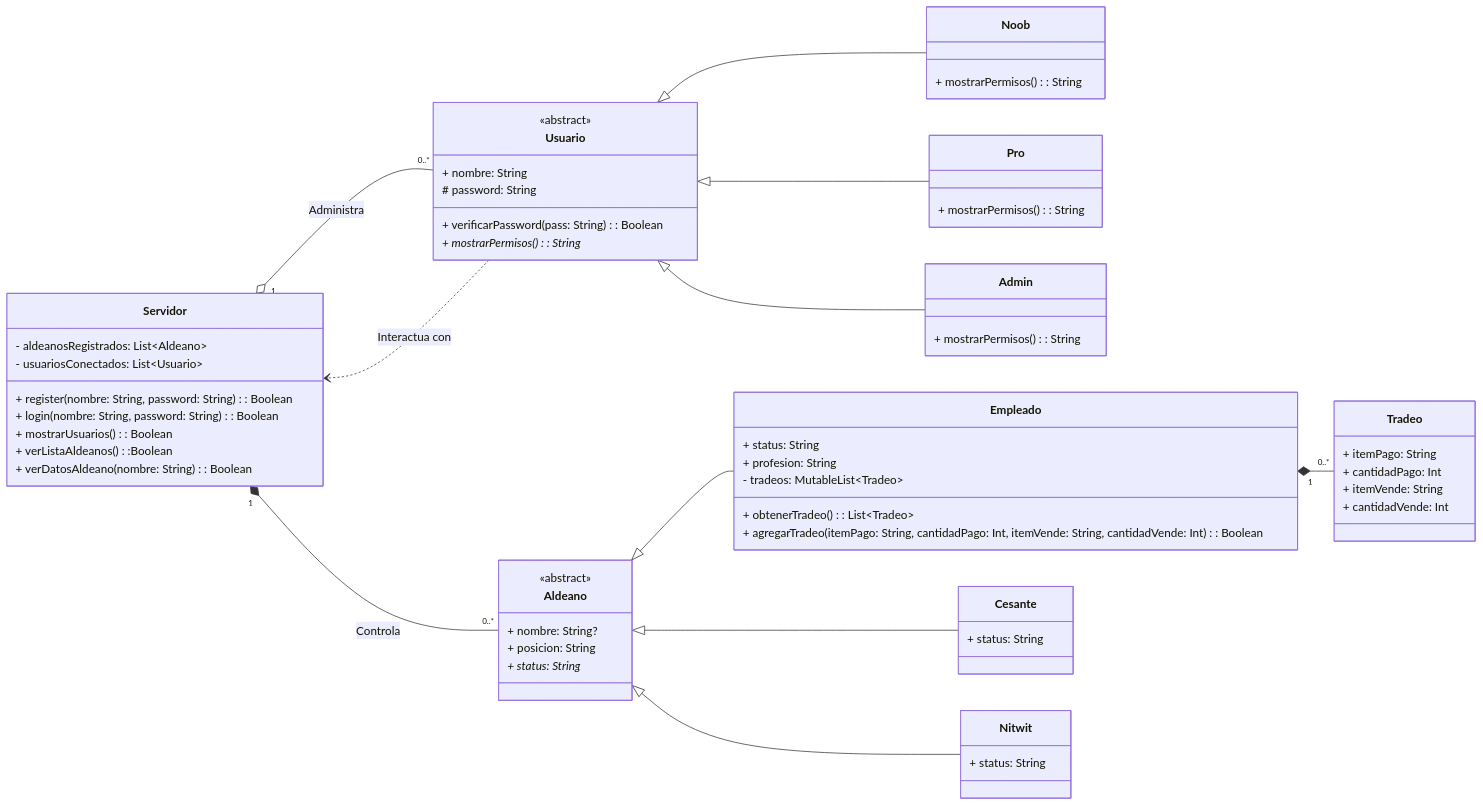
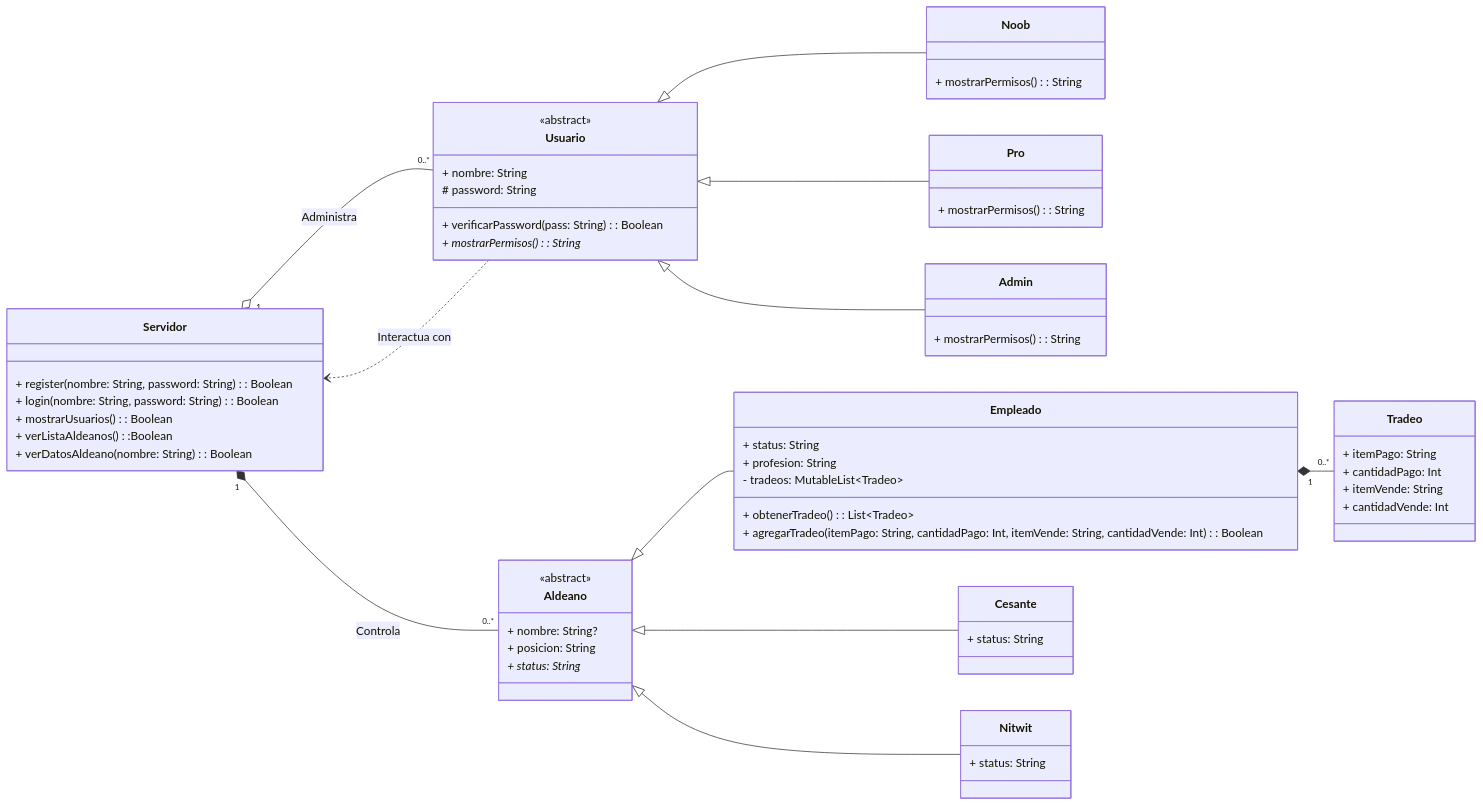
The diagram in README.md (carlos-moreno1/lab-kotlin1), drawn with Mermaid before and after one commit.

````diff
--- a/README.md
+++ b/README.md
@@ -46,78 +46,76 @@
 ```mermaid
 classDiagram
     direction LR
     class Servidor {
-        - aldeanosRegistrados: List~Aldeano~
-        - usuariosConectados: List~Usuario~
         + register(nombre: String, password: String): Boolean
         + login(nombre: String, password: String): Boolean
         + mostrarUsuarios(): Boolean
         + verListaAldeanos():Boolean
         + verDatosAldeano(nombre: String): Boolean
     }
 
     class Usuario {
         <<abstract>>
         + nombre: String
         # password: String
         + verificarPassword(pass: String): Boolean
         + mostrarPermisos(): String*
     }
 
     class Noob {
         + mostrarPermisos(): String
     }
     
     class Pro {
         + mostrarPermisos(): String
     }
     
     class Admin {
         + mostrarPermisos(): String
     }
 
     class Aldeano {
         <<abstract>>
         + nombre: String?
         + posicion: String
         + status: String*
     }
 
     class Empleado {
         + status: String
         + profesion: String
         - tradeos: MutableList~Tradeo~
         + obtenerTradeo(): List~Tradeo~
         + agregarTradeo(itemPago: String, cantidadPago: Int, itemVende: String, cantidadVende: Int): Boolean
     }
 
     class Cesante {
         + status: String
     }
 
     class Nitwit {
         + status: String
     }
 
     class Tradeo {
         + itemPago: String
         + cantidadPago: Int
         + itemVende: String
         + cantidadVende: Int 
     }
 
     %% HERENCIA
     Aldeano <|-- Empleado
     Aldeano <|-- Cesante
     Aldeano <|-- Nitwit
 
     Usuario <|-- Noob
     Usuario <|-- Pro
     Usuario <|-- Admin
 
     %% RELACIONES
     Empleado "1" *-- "0..*" Tradeo
     Servidor "1" *-- "0..*" Aldeano : Controla
     Servidor "1" o-- "0..*" Usuario : Administra
     Usuario ..> Servidor : Interactua con
 ```
````
